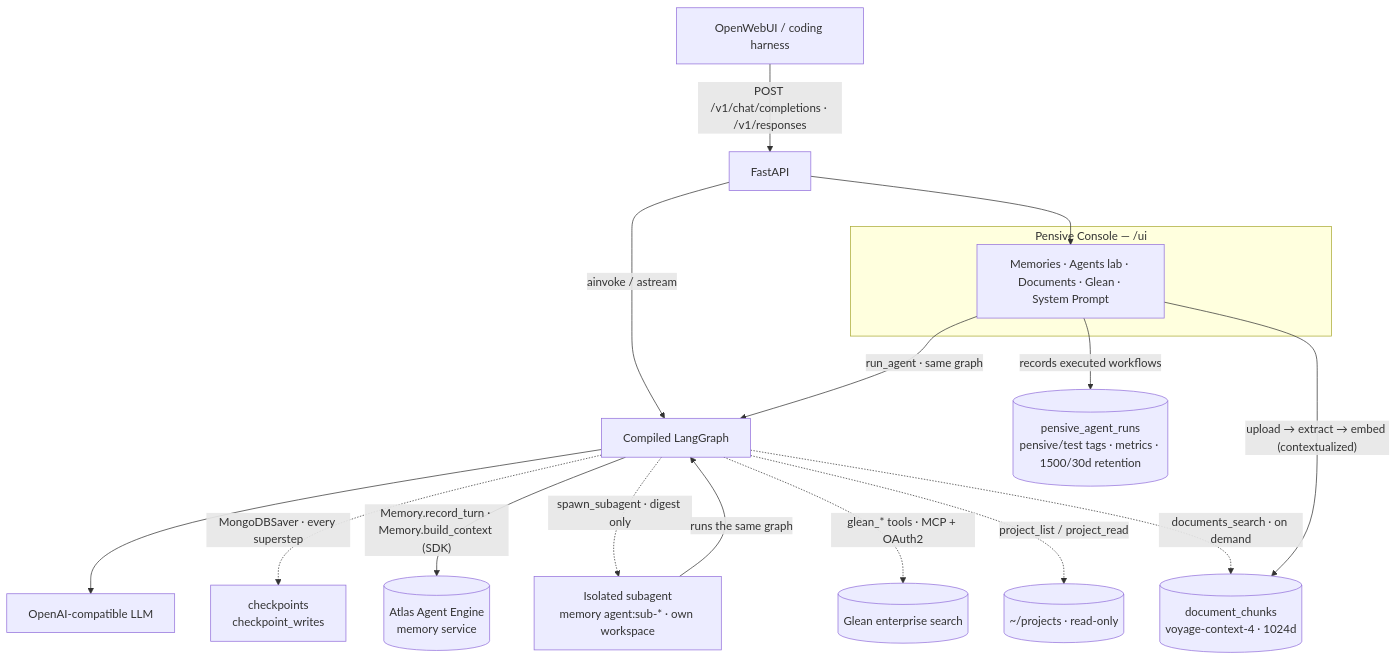
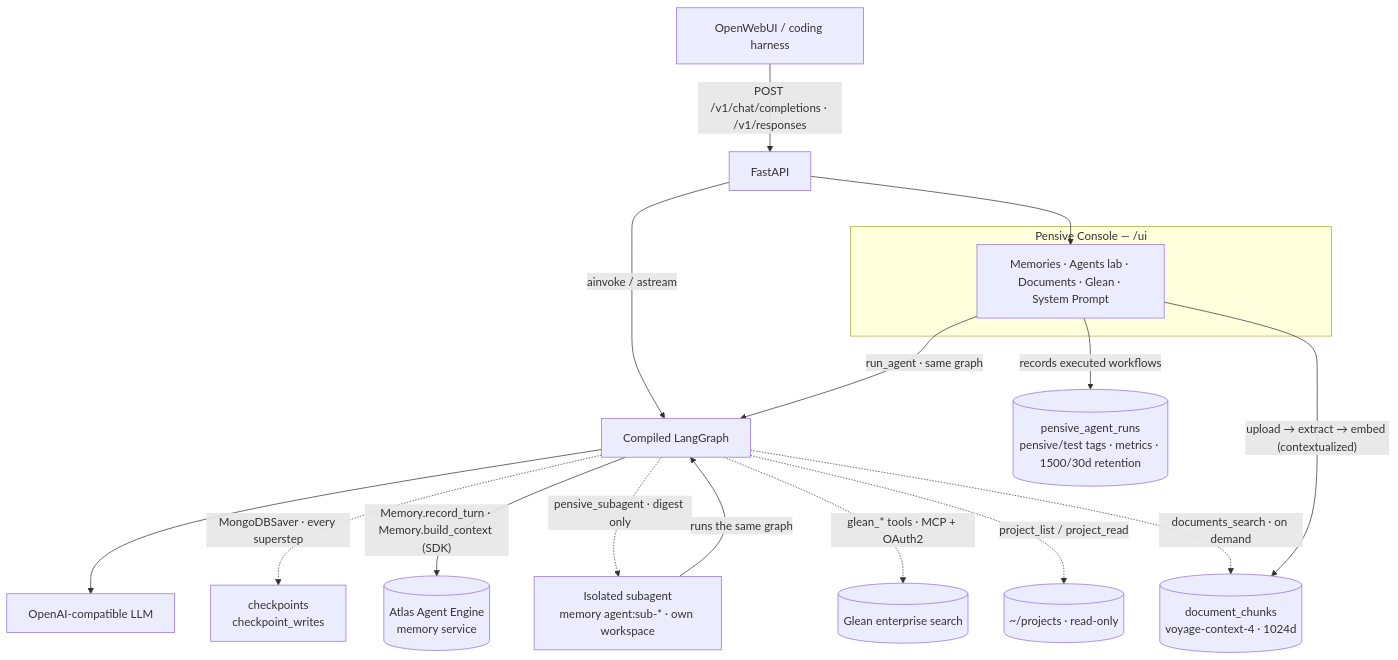
Before and after one commit to newellbrandon/pensive-memory: the first of 2 diagrams in README.md, drawn with Mermaid. The commit also changed other lines of this file and 5 other files, not shown here.

First line of the commit message:
fix: rename Pensive's delegation tool to pensive_subagent

````diff
--- a/README.md
+++ b/README.md
@@ -18,22 +18,22 @@
 ```mermaid
 flowchart TD
   client[OpenWebUI / coding harness] -->|"POST /v1/chat/completions · /v1/responses"| api[FastAPI]
   api -->|"ainvoke / astream"| lg[Compiled LangGraph]
   lg --> llm["OpenAI-compatible LLM"]
   lg -.->|"MongoDBSaver · every superstep"| checkpoints["checkpoints<br/>checkpoint_writes"]
   lg -->|"Memory.record_turn · Memory.build_context (SDK)"| memsvc[("Atlas Agent Engine<br/>memory service")]
 
-  lg -.->|"spawn_subagent · digest only"| sub["Isolated subagent<br/>memory agent:sub-* · own workspace"]
+  lg -.->|"pensive_subagent · digest only"| sub["Isolated subagent<br/>memory agent:sub-* · own workspace"]
   sub -->|"runs the same graph"| lg
   lg -.->|"glean_* tools · MCP + OAuth2"| glean[("Glean enterprise search")]
   lg -.->|"project_list / project_read"| projects[("~/projects · read-only")]
   lg -.->|"documents_search · on demand"| dstore[("document_chunks<br/>voyage-context-4 · 1024d")]
 
   subgraph console["Pensive Console — /ui"]
     ui["Memories · Agents lab · Documents · Glean · System Prompt"]
   end
   ui -->|"run_agent · same graph"| lg
   ui -->|"records executed workflows"| runs[("pensive_agent_runs<br/>pensive/test tags · metrics · 1500/30d retention")]
   ui -->|"upload → extract → embed (contextualized)"| dstore
   api --> ui
 ```
````
